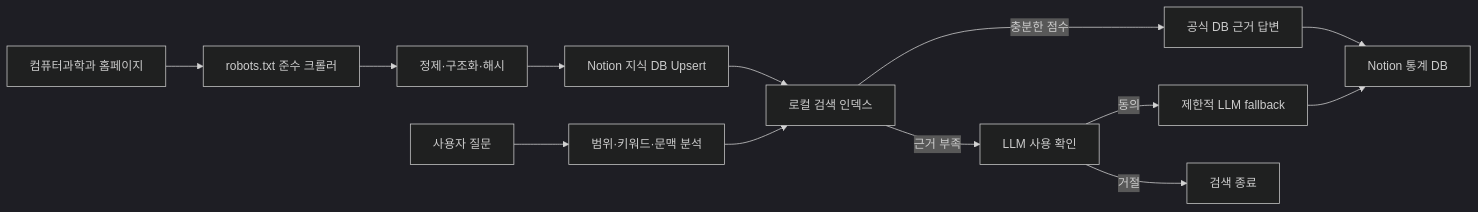
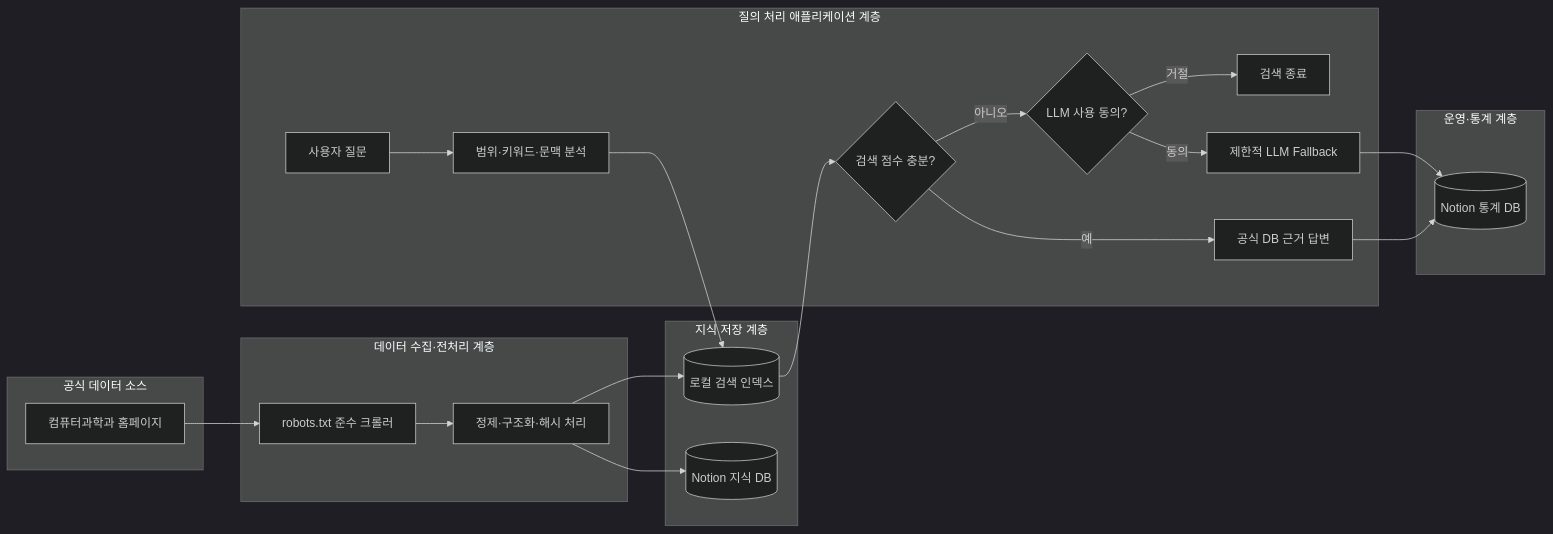
One commit to mhjang-qa/ComPass changed the diagram in README.md. Above: the diagram before and after it, drawn with Mermaid (dark theme).

````diff
--- a/README.md
+++ b/README.md
@@ -68,15 +68,40 @@
 ```mermaid
 flowchart LR
-  A["컴퓨터과학과 홈페이지"] --> B["robots.txt 준수 크롤러"]
-  B --> C["정제·구조화·해시"]
-  C --> D["Notion 지식 DB Upsert"]
-  D --> E["로컬 검색 인덱스"]
-  Q["사용자 질문"] --> S["범위·키워드·문맥 분석"]
-  S --> E
-  E -->|충분한 점수| R["공식 DB 근거 답변"]
-  E -->|근거 부족| CFM["LLM 사용 확인"]
-  CFM -->|동의| L["제한적 LLM fallback"]
-  CFM -->|거절| X["검색 종료"]
-  R --> T["Notion 통계 DB"]
+  subgraph SRC["공식 데이터 소스"]
+    A["컴퓨터과학과 홈페이지"]
+  end
+
+  subgraph INGEST["데이터 수집·전처리 계층"]
+    B["robots.txt 준수 크롤러"]
+    C["정제·구조화·해시 처리"]
+  end
+
+  subgraph STORAGE["지식 저장 계층"]
+    D[("Notion 지식 DB")]
+    E[("로컬 검색 인덱스")]
+  end
+
+  subgraph APP["질의 처리 애플리케이션 계층"]
+    Q["사용자 질문"]
+    S["범위·키워드·문맥 분석"]
+    G{"검색 점수 충분?"}
+    R["공식 DB 근거 답변"]
+    CFM{"LLM 사용 동의?"}
+    L["제한적 LLM Fallback"]
+    X["검색 종료"]
+  end
+
+  subgraph OBS["운영·통계 계층"]
+    T[("Notion 통계 DB")]
+  end
+
+  A --> B --> C --> D
+  C --> E
+  Q --> S --> E --> G
+  G -->|예| R
+  G -->|아니오| CFM
+  CFM -->|동의| L
+  CFM -->|거절| X
+  R --> T
   L --> T
 ```
````
